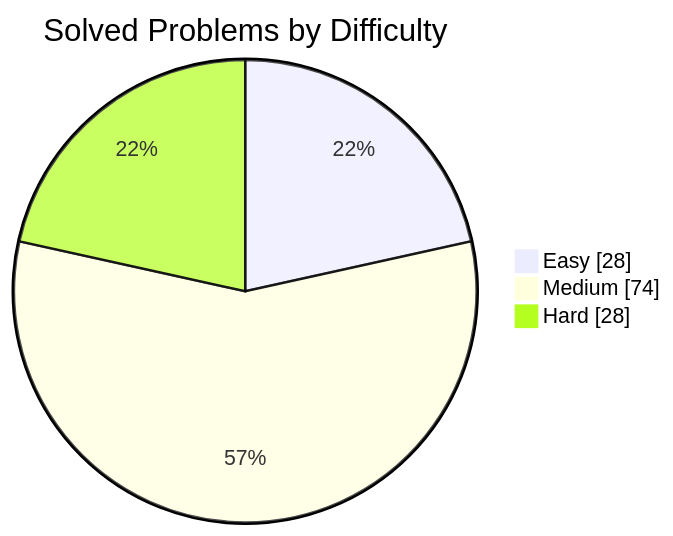
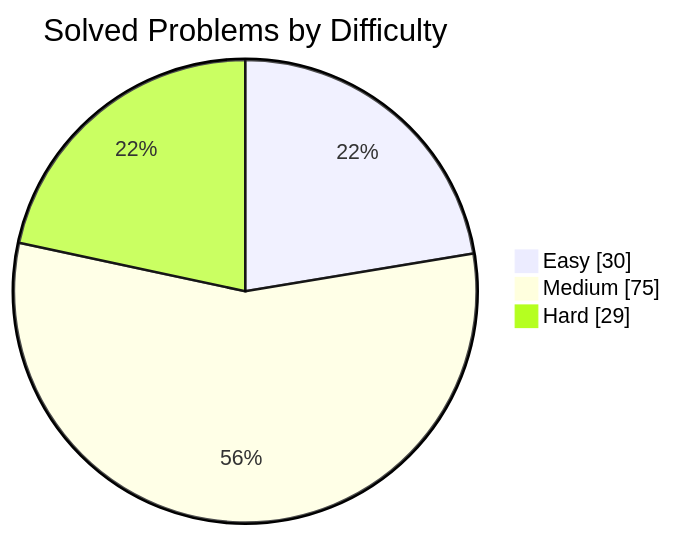
Before and after one commit to manikantbindass/DSA-Preparation-FAANG: the first of 2 diagrams in README.md, drawn with Mermaid. The commit also changed other lines of this file, not shown here.

````diff
--- a/README.md
+++ b/README.md
@@ -38,7 +38,7 @@
 ```mermaid
 pie showData
     title Solved Problems by Difficulty
-    "Easy" : 28
-    "Medium" : 74
-    "Hard" : 28
+    "Easy" : 30
+    "Medium" : 75
+    "Hard" : 29
 ```
````
